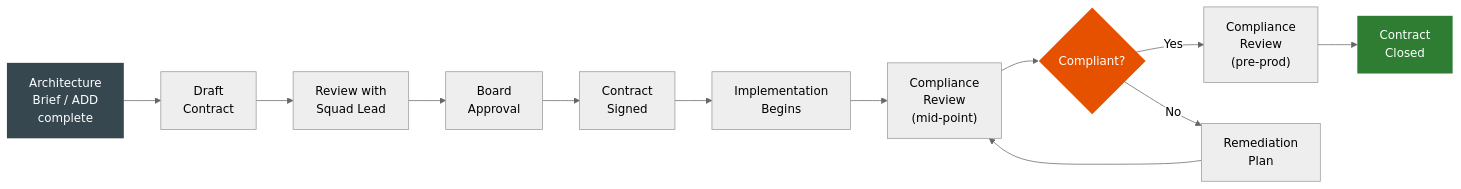
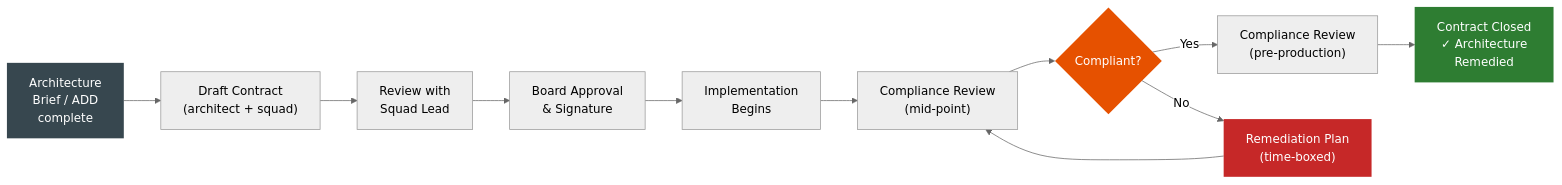
One commit to Yuvarajsfcloud/Knowledge-Library changed the second of 3 diagrams in docs/knowledge/reference/governance-framework.md. Above: the diagram before and after it, drawn with Mermaid (neutral theme). The commit also changed other lines of this file and 1 other file, not shown here.

````diff
--- a/docs/knowledge/reference/governance-framework.md
+++ b/docs/knowledge/reference/governance-framework.md
@@ -88,18 +126,18 @@
 ``` mermaid
 flowchart LR
-    A["Architecture\nBrief / ADD\ncomplete"] --> B["Draft\nContract"]
+    A["Architecture\nBrief / ADD\ncomplete"] --> B["Draft Contract\n(architect + squad)"]
     B --> C["Review with\nSquad Lead"]
-    C --> D["Board\nApproval"]
-    D --> E["Contract\nSigned"]
-    E --> F["Implementation\nBegins"]
-    F --> G["Compliance\nReview\n(mid-point)"]
-    G --> H{"Compliant?"}
-    H -- Yes --> I["Compliance\nReview\n(pre-prod)"]
-    I --> J["Contract\nClosed"]
-    H -- No --> K["Remediation\nPlan"]
-    K --> G
+    C --> D["Board Approval\n& Signature"]
+    D --> E["Implementation\nBegins"]
+    E --> F["Compliance Review\n(mid-point)"]
+    F --> G{"Compliant?"}
+    G -- Yes --> H["Compliance Review\n(pre-production)"]
+    H --> I["Contract Closed\n✓ Architecture\nRemedied"]
+    G -- No --> J["Remediation Plan\n(time-boxed)"]
+    J --> F
 
     style A fill:#37474f,color:#fff,stroke:none
-    style J fill:#2e7d32,color:#fff,stroke:none
-    style H fill:#e65100,color:#fff,stroke:none
+    style I fill:#2e7d32,color:#fff,stroke:none
+    style G fill:#e65100,color:#fff,stroke:none
+    style J fill:#c62828,color:#fff,stroke:none
 ```
````
